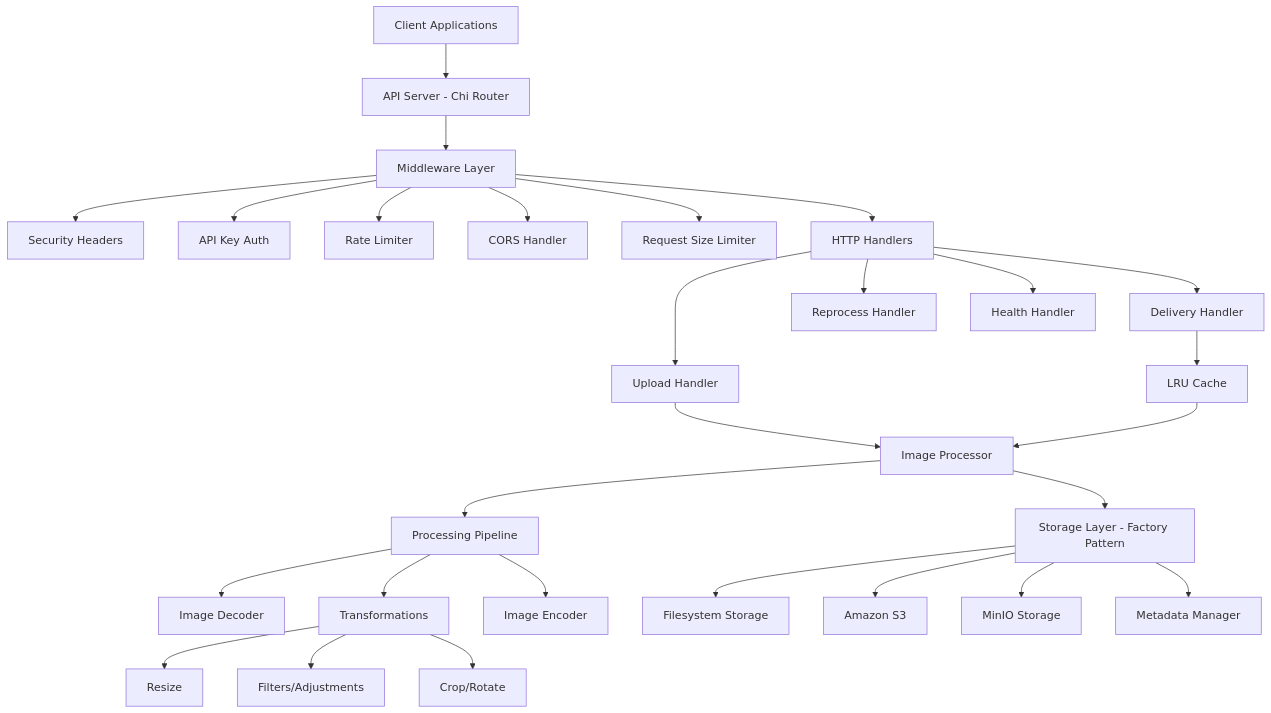
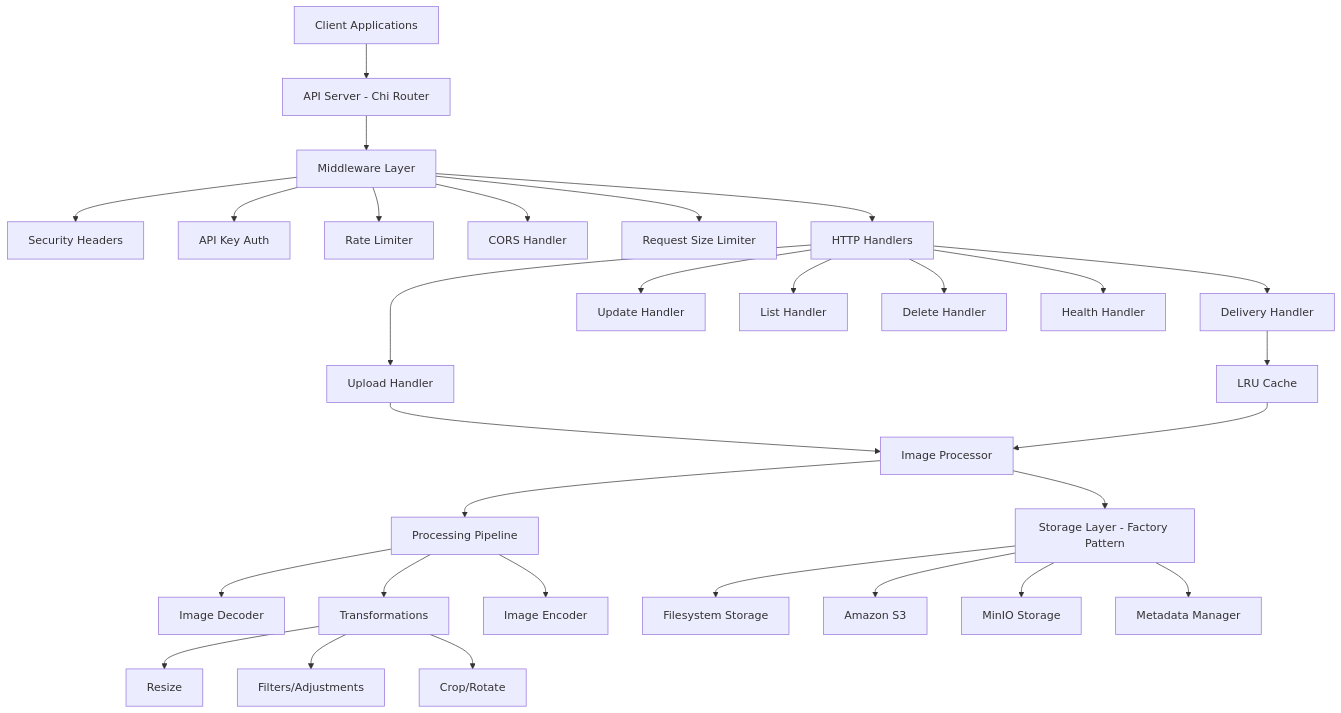
The diagram in README.md (birdple/falco), drawn with Mermaid before and after one commit. The commit also changed other lines of this file and 4 other files, not shown here.

````diff
--- a/README.md
+++ b/README.md
@@ -812,37 +1029,39 @@
 ```mermaid
 graph TB
     Client[Client Applications] --> API[API Server - Chi Router]
 
     API --> MW[Middleware Layer]
     MW --> Security[Security Headers]
     MW --> Auth[API Key Auth]
     MW --> RateLimit[Rate Limiter]
     MW --> CORS[CORS Handler]
     MW --> SizeLimit[Request Size Limiter]
 
     MW --> Handlers[HTTP Handlers]
     Handlers --> Upload[Upload Handler]
     Handlers --> Delivery[Delivery Handler]
-    Handlers --> Reprocess[Reprocess Handler]
+    Handlers --> Update[Update Handler]
+    Handlers --> List[List Handler]
+    Handlers --> Delete[Delete Handler]
     Handlers --> Health[Health Handler]
 
     Upload --> Processor[Image Processor]
     Delivery --> Cache[LRU Cache]
     Cache --> Processor
 
     Processor --> Pipeline[Processing Pipeline]
     Pipeline --> Decoder[Image Decoder]
     Pipeline --> Transform[Transformations]
     Pipeline --> Encoder[Image Encoder]
 
     Transform --> Resize[Resize]
     Transform --> Filters[Filters/Adjustments]
     Transform --> Crop[Crop/Rotate]
 
     Processor --> Storage[Storage Layer - Factory Pattern]
     Storage --> FS[Filesystem Storage]
     Storage --> S3[Amazon S3]
     Storage --> MinIO[MinIO Storage]
 
     Storage --> Metadata[Metadata Manager]
 ```
````
